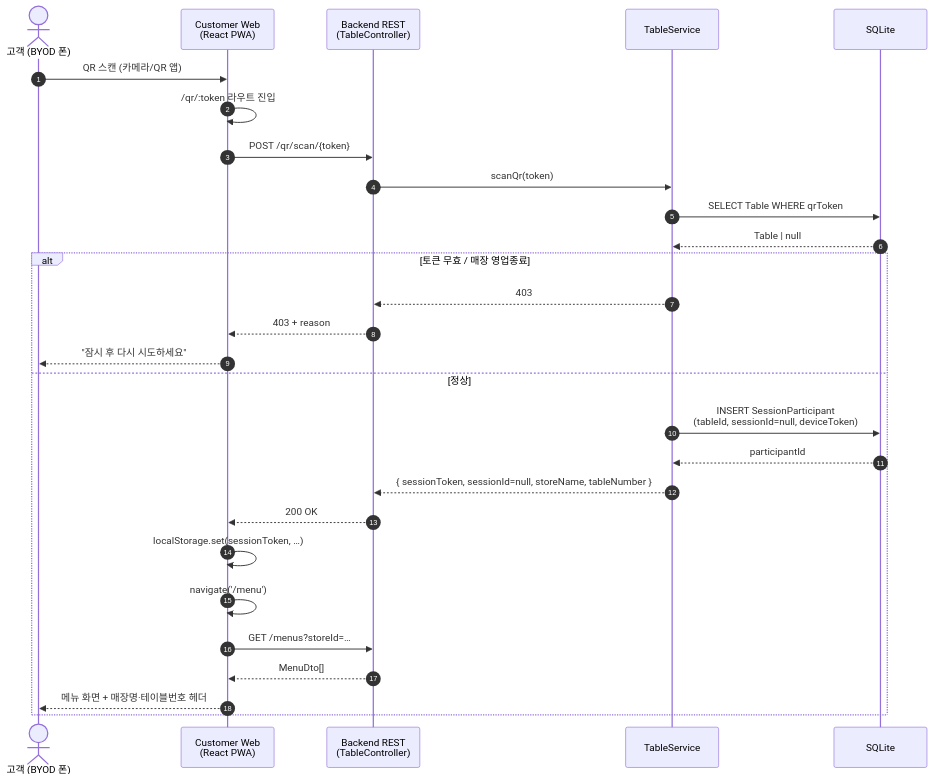
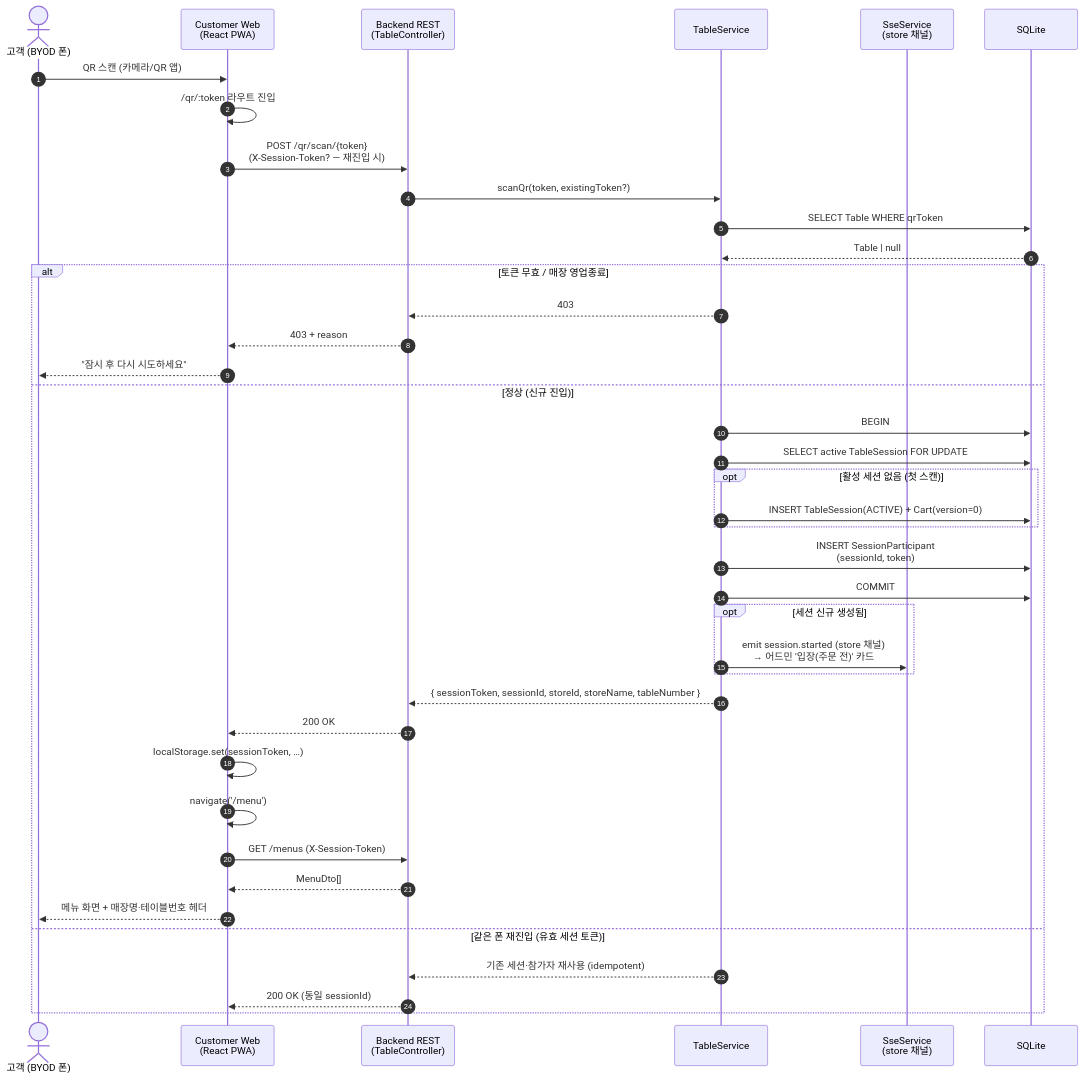
Before and after one commit to socar-rieul/aidlc-modu-2: the second of 5 diagrams in aidlc-docs/inception/application-design/component-dependency.md, drawn with Mermaid. The commit also changed other lines of this file and 10 other files, not shown here.

````diff
--- a/aidlc-docs/inception/application-design/component-dependency.md
+++ b/aidlc-docs/inception/application-design/component-dependency.md
@@ -104,31 +105,43 @@
 ```mermaid
 sequenceDiagram
     autonumber
     actor User as 고객 (BYOD 폰)
     participant CW as Customer Web<br/>(React PWA)
     participant API as Backend REST<br/>(TableController)
     participant TS as TableService
+    participant SSE as SseService<br/>(store 채널)
     participant DB as SQLite
 
     User->>CW: QR 스캔 (카메라/QR 앱)
     CW->>CW: /qr/:token 라우트 진입
-    CW->>API: POST /qr/scan/{token}
-    API->>TS: scanQr(token)
+    CW->>API: POST /qr/scan/{token}<br/>(X-Session-Token? — 재진입 시)
+    API->>TS: scanQr(token, existingToken?)
     TS->>DB: SELECT Table WHERE qrToken
     DB-->>TS: Table | null
     alt 토큰 무효 / 매장 영업종료
         TS-->>API: 403
         API-->>CW: 403 + reason
         CW-->>User: "잠시 후 다시 시도하세요"
-    else 정상
-        TS->>DB: INSERT SessionParticipant<br/>(tableId, sessionId=null, deviceToken)
-        DB-->>TS: participantId
-        TS-->>API: { sessionToken, sessionId=null, storeName, tableNumber }
+    else 정상 (신규 진입)
+        TS->>DB: BEGIN
+        TS->>DB: SELECT active TableSession FOR UPDATE
+        opt 활성 세션 없음 (첫 스캔)
+            TS->>DB: INSERT TableSession(ACTIVE) + Cart(version=0)
+        end
+        TS->>DB: INSERT SessionParticipant<br/>(sessionId, token)
+        TS->>DB: COMMIT
+        opt 세션 신규 생성됨
+            TS->>SSE: emit session.started (store 채널)<br/>→ 어드민 '입장(주문 전)' 카드
+        end
+        TS-->>API: { sessionToken, sessionId, storeId, storeName, tableNumber }
         API-->>CW: 200 OK
         CW->>CW: localStorage.set(sessionToken, …)
         CW->>CW: navigate('/menu')
-        CW->>API: GET /menus?storeId=…
+        CW->>API: GET /menus (X-Session-Token)
         API-->>CW: MenuDto[]
         CW-->>User: 메뉴 화면 + 매장명·테이블번호 헤더
+    else 같은 폰 재진입 (유효 세션 토큰)
+        TS-->>API: 기존 세션·참가자 재사용 (idempotent)
+        API-->>CW: 200 OK (동일 sessionId)
     end
 ```
````
